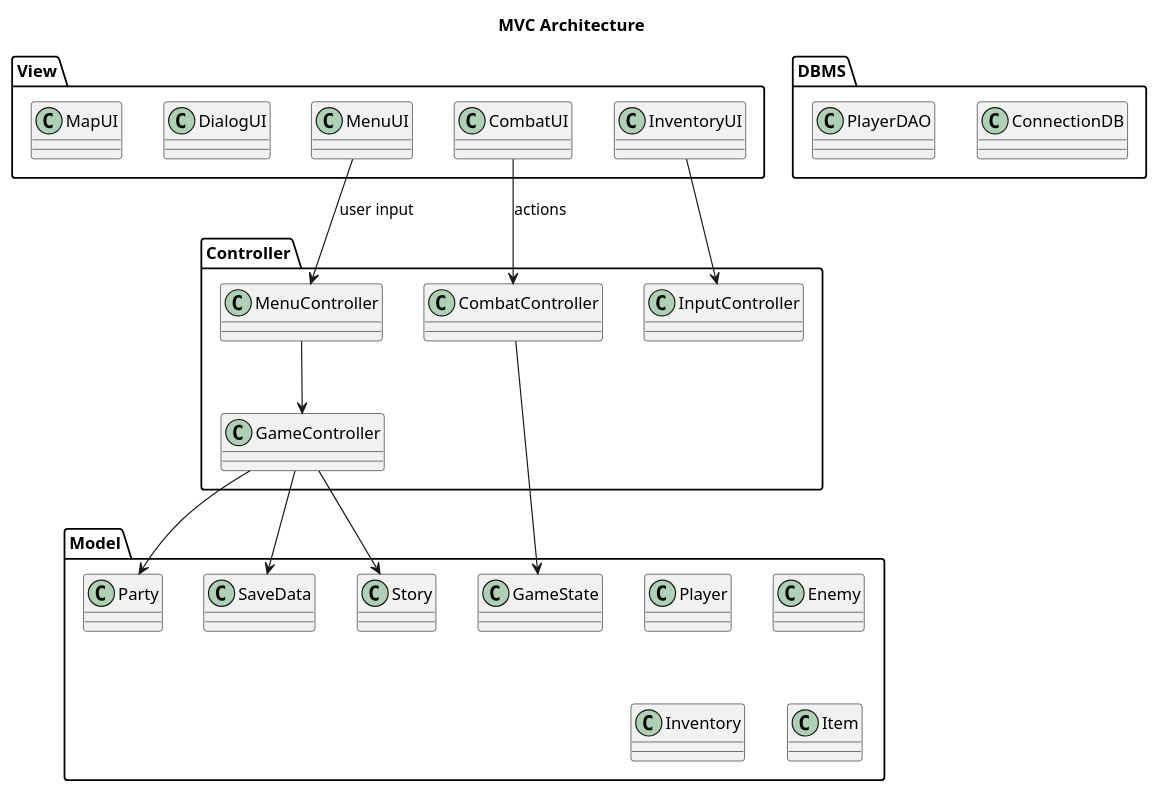
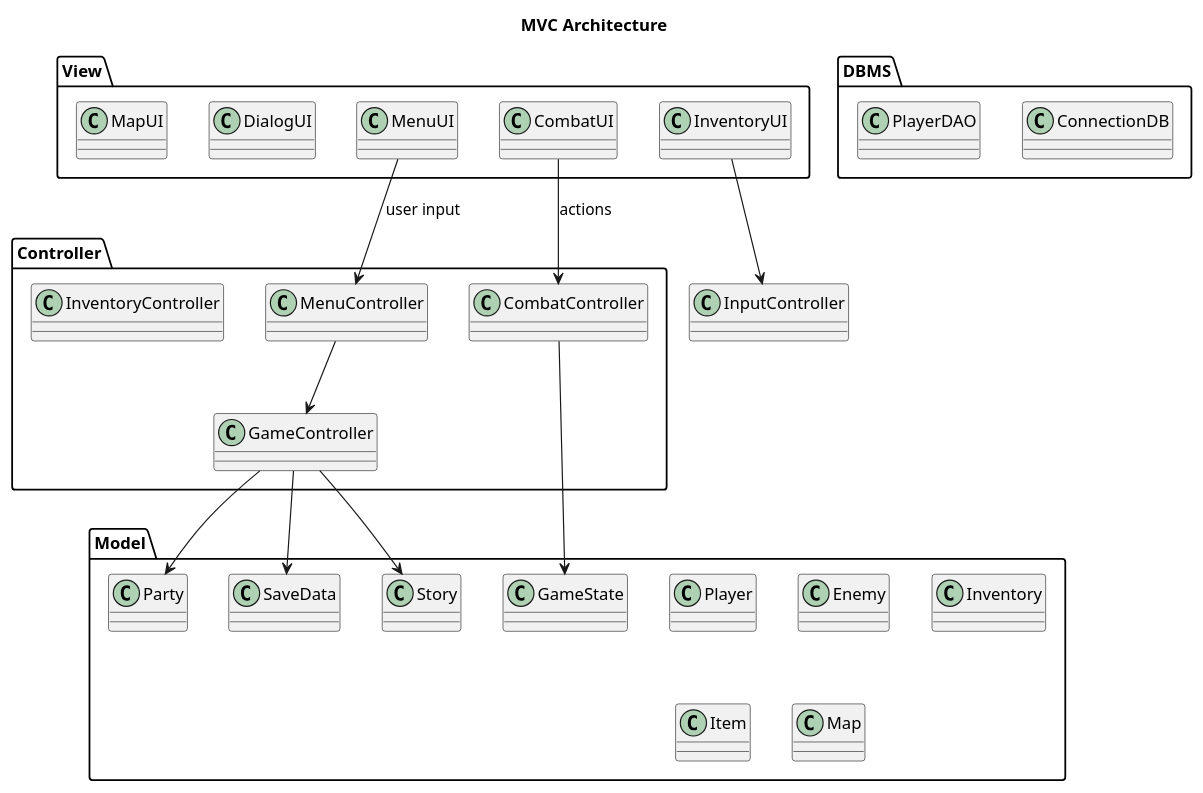
The diagram in mvc.puml (samMM-cs/iss-team2), drawn with PlantUML before and after one commit.

```diff
--- a/mvc.puml
+++ b/mvc.puml
@@ -1,46 +1,47 @@
 @startuml MVC
 title MVC Architecture
 
 package "DBMS"{
     class ConnectionDB
     class PlayerDAO
-    
 }
+
 package "View" {
   class MenuUI
   class CombatUI
   class InventoryUI
   class DialogUI
   class MapUI
 }
 
 package "Controller" {
   class GameController
   class MenuController
   class CombatController
-  class InputController
+  class InventoryController
 }
 
 package "Model" {
   class GameState
   class Player
   class Party
   class Enemy
   class Inventory
   class SaveData
   class Story
   class Item
+  class Map
 }
 
 
 MenuUI --> MenuController : user input
 CombatUI --> CombatController : actions
 InventoryUI --> InputController
 
 MenuController --> GameController
 CombatController --> GameState
 GameController --> SaveData
 GameController --> Story
 GameController --> Party
 
 @enduml
```
